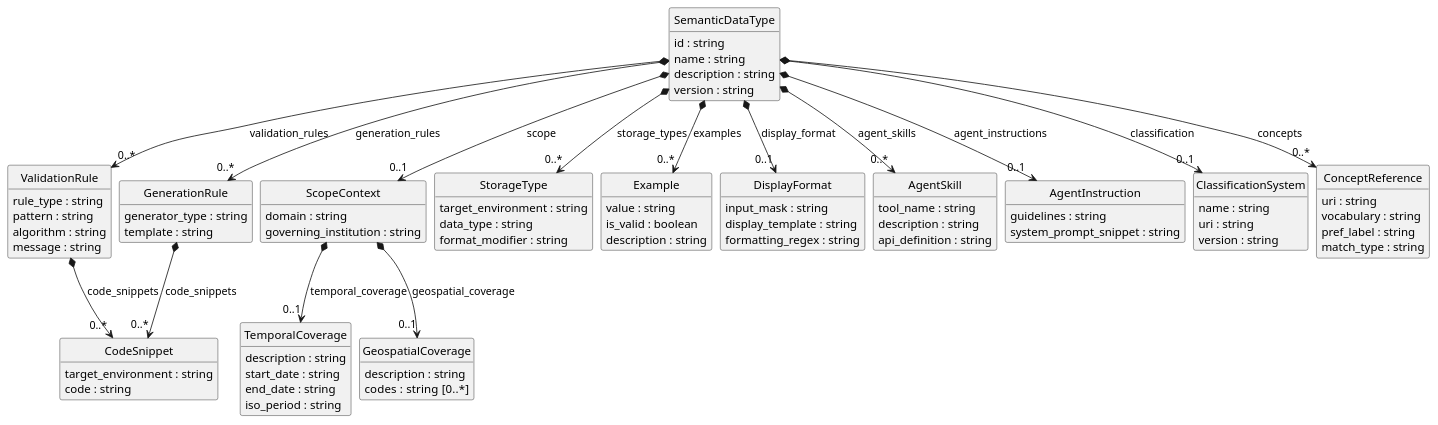
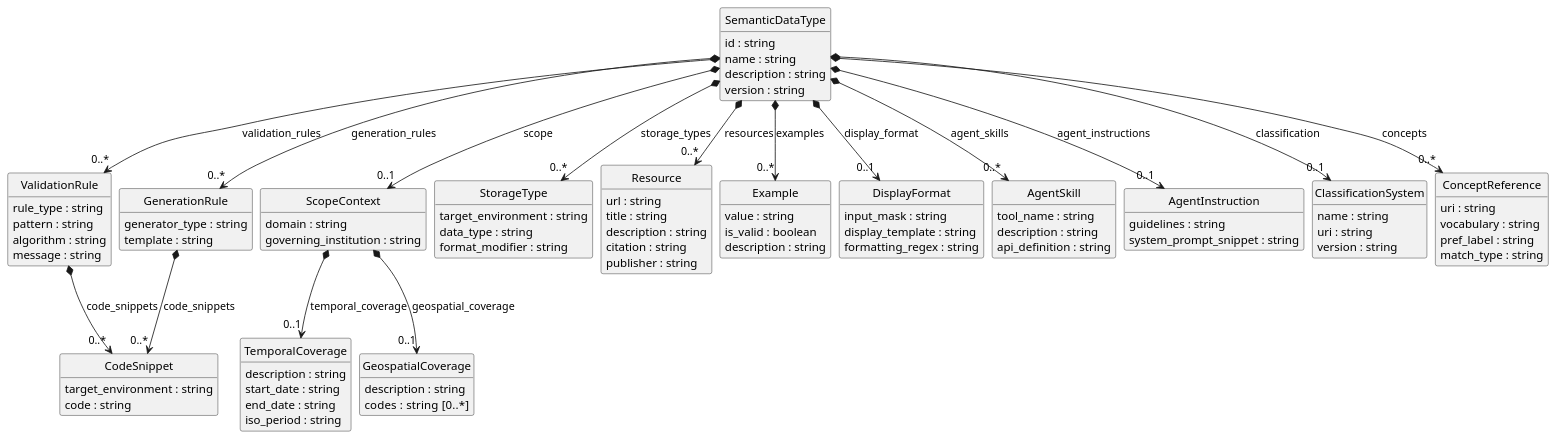
The diagram in linkml/dev/plantuml/sdt.puml (DataArtifex/dartfx-semanticdt), drawn with PlantUML before and after one commit. The commit also changed 29 other files, not shown here.

Commit message:
feat: update SDT schema, synchronize code models, and expand documentation suite.

```diff
--- a/linkml/dev/plantuml/sdt.puml
+++ b/linkml/dev/plantuml/sdt.puml
@@ -1,88 +1,96 @@
 @startuml
 skinparam nodesep 10
 hide circle
 hide empty members
 class "ValidationRule" [[{A rule defining syntactical or logical validation of values.}]] {
     {field} rule_type : string
     {field} pattern : string
     {field} algorithm : string
     {field} message : string
 }
 class "CodeSnippet" [[{A concrete piece of code or expression implementing logic (e.g., validation, generation) in a specific environment.}]] {
     {field} target_environment : string
     {field} code : string
 }
 class "SemanticDataType" [[{A high-level data type associated with a distinct concept, validation/generation rules, and metadata.}]] {
     {field} id : string
     {field} name : string
     {field} description : string
     {field} version : string
 }
 "ValidationRule" *--> "0..*" "CodeSnippet" : "code_snippets"
 "SemanticDataType" *--> "0..*" "ValidationRule" : "validation_rules"
 class "ScopeContext" [[{Contextual boundaries of the data type.}]] {
     {field} domain : string
     {field} governing_institution : string
 }
 class "TemporalCoverage" [[{Temporal coverage boundaries represented by description, start/end dates, or ISO 8601 periods/durations.}]] {
     {field} description : string
     {field} start_date : string
     {field} end_date : string
     {field} iso_period : string
 }
 "ScopeContext" *--> "0..1" "TemporalCoverage" : "temporal_coverage"
 class "StorageType" [[{Physical or logical storage data type binding.}]] {
     {field} target_environment : string
     {field} data_type : string
     {field} format_modifier : string
 }
 "SemanticDataType" *--> "0..*" "StorageType" : "storage_types"
+class "Resource" [[{An external resource, citation, or reference related to the Semantic Data Type (using simple Dublin Core elements).}]] {
+    {field} url : string
+    {field} title : string
+    {field} description : string
+    {field} citation : string
+    {field} publisher : string
+}
 class "Example" [[{Concrete instance of values.}]] {
     {field} value : string
     {field} is_valid : boolean
     {field} description : string
 }
 class "DisplayFormat" [[{Guidelines for displaying and masking data.}]] {
     {field} input_mask : string
     {field} display_template : string
     {field} formatting_regex : string
 }
 class "AgentSkill" [[{Executable tools, functions, or workflows related to the semantic type.}]] {
     {field} tool_name : string
     {field} description : string
     {field} api_definition : string
 }
 class "AgentInstruction" [[{Machine and agentic parsing, transformation, or reasoning guidelines.}]] {
     {field} guidelines : string
     {field} system_prompt_snippet : string
 }
 class "GenerationRule" [[{Directive for synthetic data generation.}]] {
     {field} generator_type : string
     {field} template : string
 }
 class "ClassificationSystem" [[{Controlled vocabulary or coding scheme (making this a categorical variable).}]] {
     {field} name : string
     {field} uri : string
     {field} version : string
 }
 class "ConceptReference" [[{Reference to a concept in an external ontology or vocabulary.}]] {
     {field} uri : string
     {field} vocabulary : string
     {field} pref_label : string
     {field} match_type : string
 }
+"SemanticDataType" *--> "0..*" "Resource" : "resources"
 "SemanticDataType" *--> "0..*" "Example" : "examples"
 "SemanticDataType" *--> "0..1" "DisplayFormat" : "display_format"
 "SemanticDataType" *--> "0..1" "ScopeContext" : "scope"
 "SemanticDataType" *--> "0..*" "AgentSkill" : "agent_skills"
 "SemanticDataType" *--> "0..1" "AgentInstruction" : "agent_instructions"
 "SemanticDataType" *--> "0..*" "GenerationRule" : "generation_rules"
 "SemanticDataType" *--> "0..1" "ClassificationSystem" : "classification"
 "SemanticDataType" *--> "0..*" "ConceptReference" : "concepts"
 class "GeospatialCoverage" [[{Geospatial coverage boundaries represented by description and/or formal codes or URIs.}]] {
     {field} description : string
     {field} codes : string  [0..*]
 }
 "ScopeContext" *--> "0..1" "GeospatialCoverage" : "geospatial_coverage"
 "GenerationRule" *--> "0..*" "CodeSnippet" : "code_snippets"
 @enduml
```
